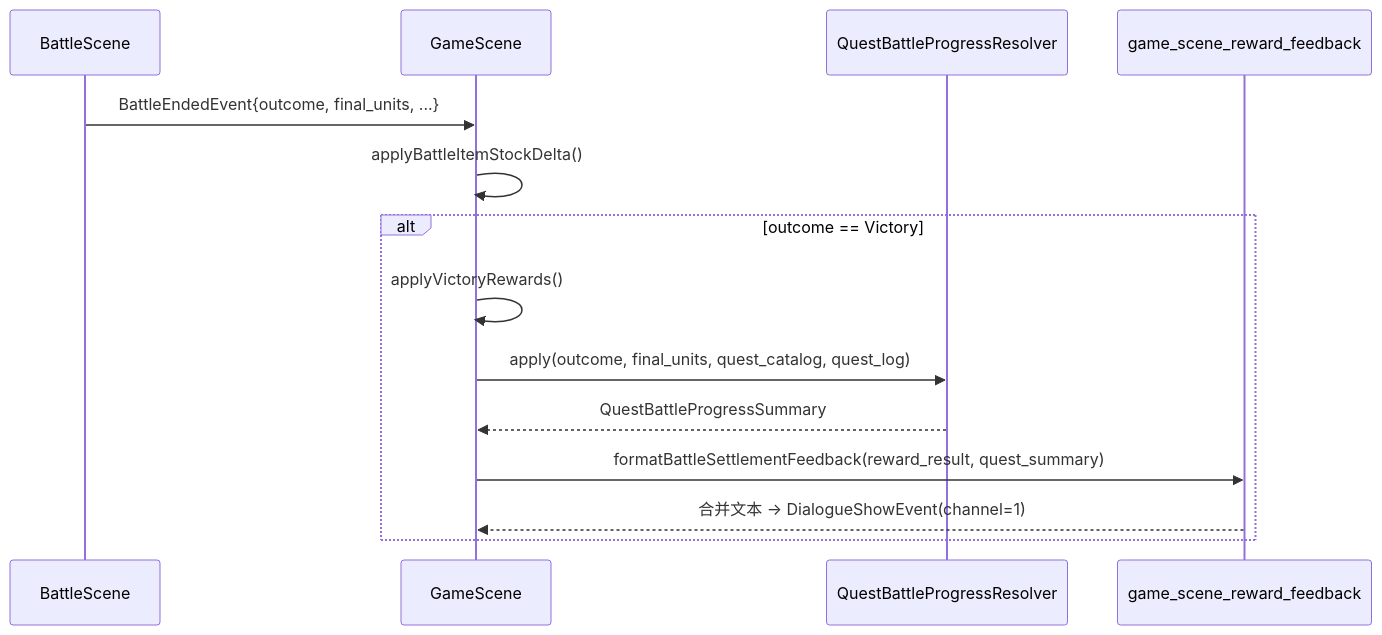
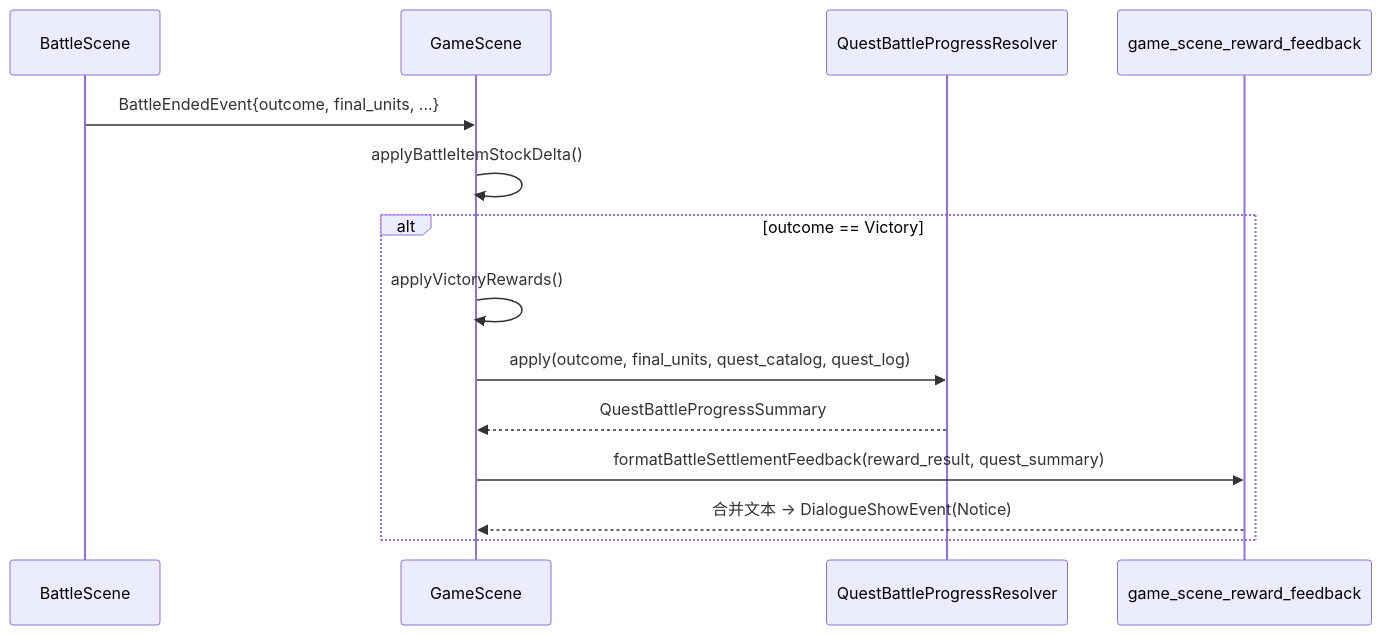
The third of 3 diagrams in docs/gameplay/quest-system.md (WispSnow/TinyFarmRPG), drawn with Mermaid before and after one commit. The commit also changed other lines of this file and 50 other files, not shown here.

````diff
--- a/docs/gameplay/quest-system.md
+++ b/docs/gameplay/quest-system.md
@@ -256,17 +256,17 @@
 ```mermaid
 sequenceDiagram
     participant BS as BattleScene
     participant GS as GameScene
     participant BPR as QuestBattleProgressResolver
     participant FB as game_scene_reward_feedback
 
     BS->>GS: BattleEndedEvent{outcome, final_units, ...}
     GS->>GS: applyBattleItemStockDelta()
     alt outcome == Victory
         GS->>GS: applyVictoryRewards()
         GS->>BPR: apply(outcome, final_units, quest_catalog, quest_log)
         BPR-->>GS: QuestBattleProgressSummary
         GS->>FB: formatBattleSettlementFeedback(reward_result, quest_summary)
-        FB-->>GS: 合并文本 → DialogueShowEvent(channel=1)
+        FB-->>GS: 合并文本 → DialogueShowEvent(Notice)
     end
 ```
````
